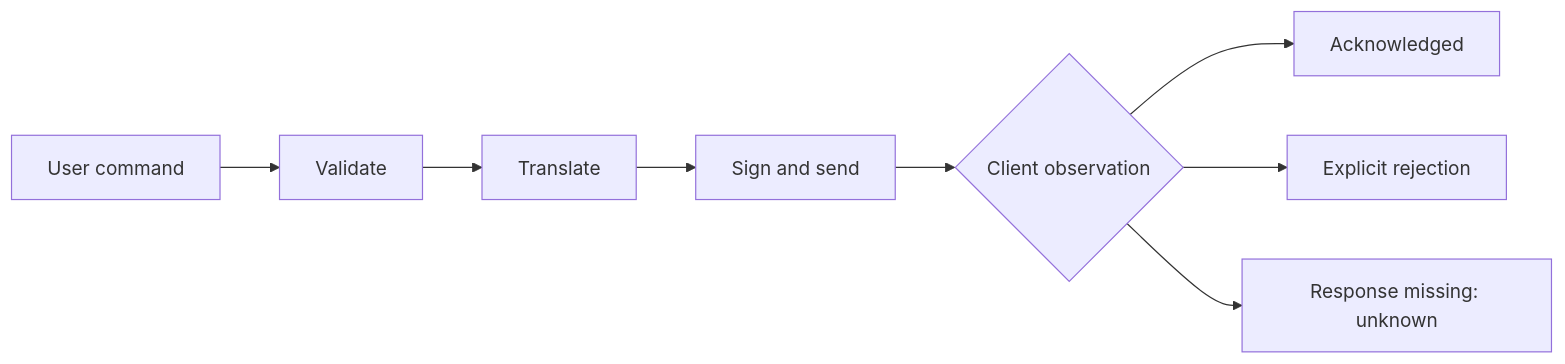
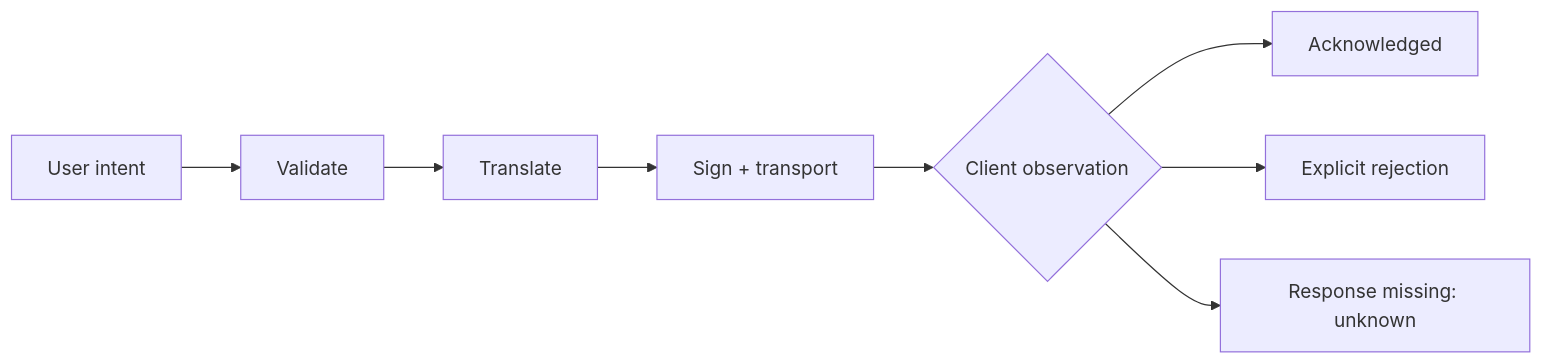
Before and after one commit to rockstar5656/rockstar5656: the diagram in README.md, drawn with Mermaid. The commit also changed other lines of this file, not shown here.

````diff
--- a/README.md
+++ b/README.md
@@ -39,10 +39,10 @@
 ```mermaid
 flowchart LR
-    A[User command] --> B[Validate]
+    A[User intent] --> B[Validate]
     B --> C[Translate]
-    C --> D[Sign and send]
+    C --> D[Sign + transport]
     D --> E{Client observation}
     E --> F[Acknowledged]
     E --> G[Explicit rejection]
     E --> H[Response missing: unknown]
 ```
````
